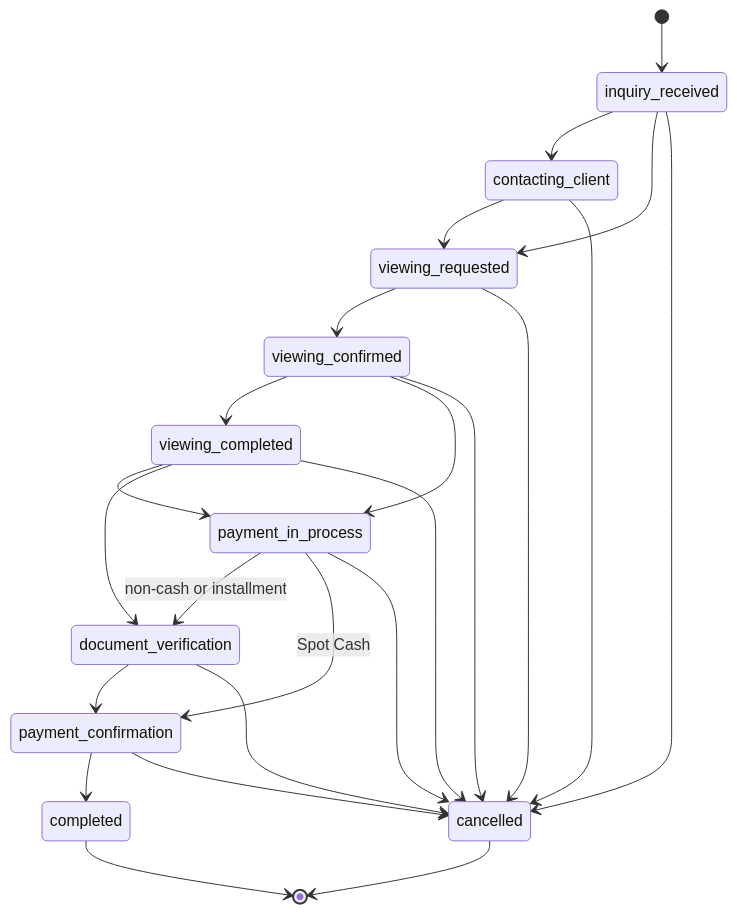
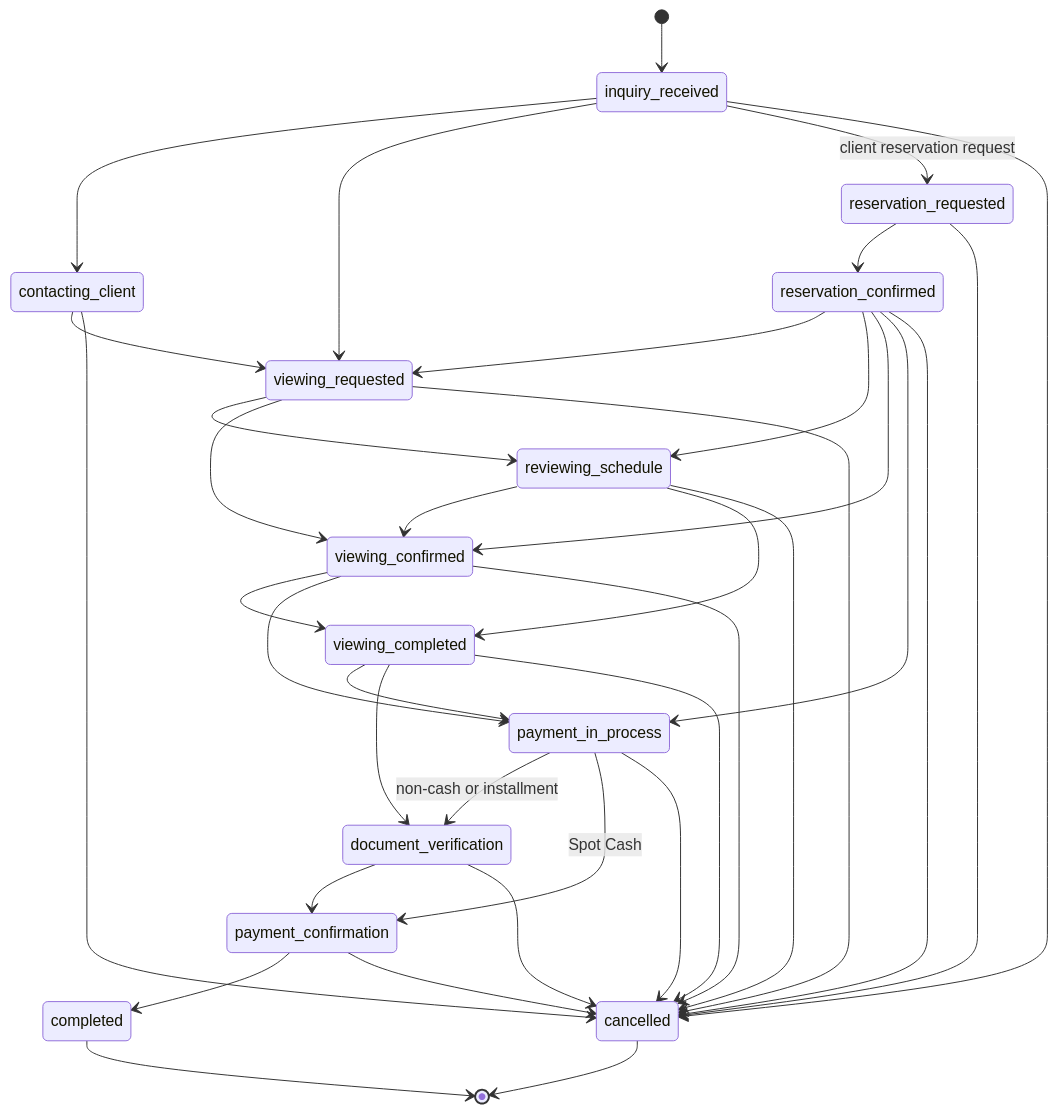
The sixth of 10 diagrams in docs/KingQuiry_SAD_Documentation.md (jaesumin02/KingQuiry), drawn with Mermaid before and after one commit. The commit also changed other lines of this file and 34 other files, not shown here.

````diff
--- a/docs/KingQuiry_SAD_Documentation.md
+++ b/docs/KingQuiry_SAD_Documentation.md
@@ -397,26 +395,38 @@
 ```mermaid
 stateDiagram-v2
     [*] --> inquiry_received
     inquiry_received --> contacting_client
     inquiry_received --> viewing_requested
+    inquiry_received --> reservation_requested: client reservation request
     inquiry_received --> cancelled
     contacting_client --> viewing_requested
     contacting_client --> cancelled
+    reservation_requested --> reservation_confirmed
+    reservation_requested --> cancelled
+    reservation_confirmed --> viewing_requested
+    reservation_confirmed --> reviewing_schedule
+    reservation_confirmed --> viewing_confirmed
+    reservation_confirmed --> payment_in_process
+    reservation_confirmed --> cancelled
+    viewing_requested --> reviewing_schedule
     viewing_requested --> viewing_confirmed
     viewing_requested --> cancelled
+    reviewing_schedule --> viewing_confirmed
+    reviewing_schedule --> viewing_completed
+    reviewing_schedule --> cancelled
     viewing_confirmed --> viewing_completed
     viewing_confirmed --> payment_in_process
     viewing_confirmed --> cancelled
     viewing_completed --> payment_in_process
     viewing_completed --> document_verification
     viewing_completed --> cancelled
     payment_in_process --> document_verification: non-cash or installment
     payment_in_process --> payment_confirmation: Spot Cash
     payment_in_process --> cancelled
     document_verification --> payment_confirmation
     document_verification --> cancelled
     payment_confirmation --> completed
     payment_confirmation --> cancelled
     completed --> [*]
     cancelled --> [*]
 ```
````
